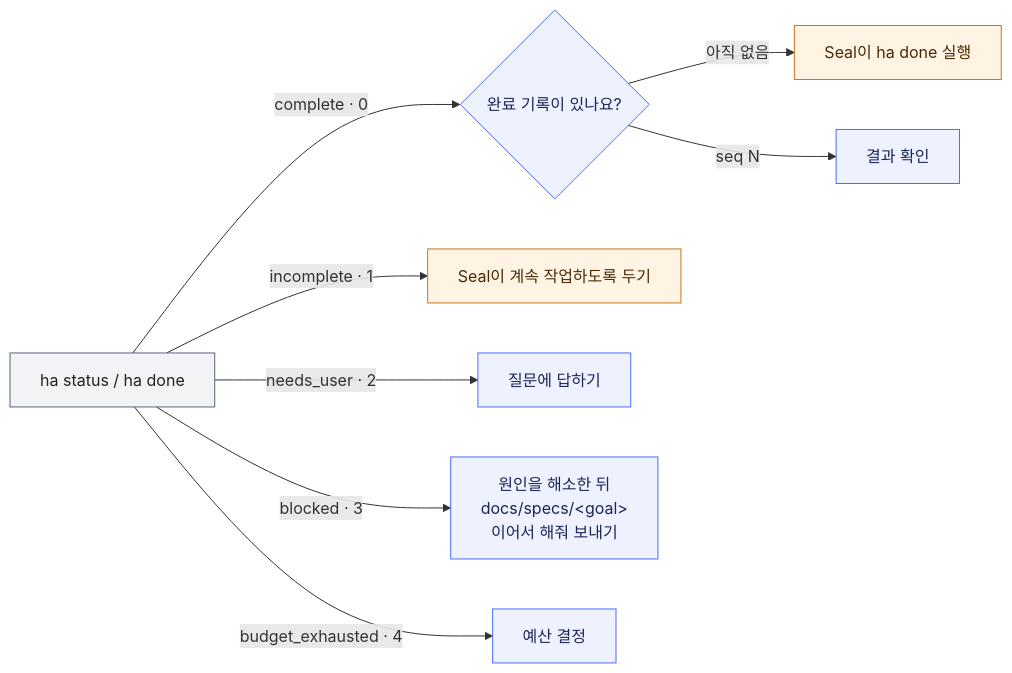
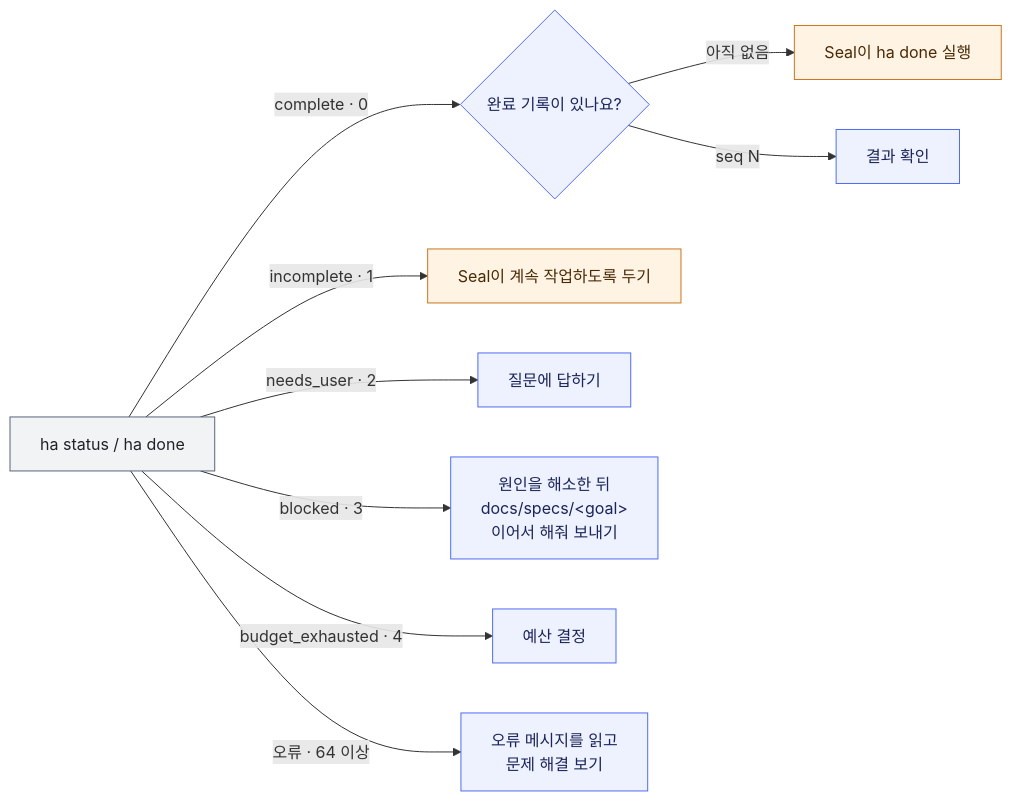
Before and after one commit to jgoneit/jaekit: the diagram in guides/USAGE.md, drawn with Mermaid. The commit also changed other lines of this file and 1 other file, not shown here.

Commit message:
docs: show exit codes 64 and above in the usage result flow
Both usage guide diagrams now branch on errors (64 and above) to reading the
error message and Troubleshooting, and a line under each diagram names the
usage, refusal, unsupported-rule and internal error codes from the
run-record contract.

````diff
--- a/guides/USAGE.md
+++ b/guides/USAGE.md
@@ -64,16 +64,17 @@
 ```mermaid
 flowchart LR
     S["ha status / ha done"] -->|complete · 0| R{"완료 기록이 있나요?"}
     R -->|"아직 없음"| D["Seal이 ha done 실행"]
     R -->|"seq N"| C["결과 확인"]
     S -->|incomplete · 1| I["Seal이 계속 작업하도록 두기"]
     S -->|needs_user · 2| U["질문에 답하기"]
     S -->|blocked · 3| B["원인을 해소한 뒤<br/>docs/specs/#lt;goal#gt;<br/>이어서 해줘 보내기"]
     S -->|budget_exhausted · 4| E["예산 결정"]
+    S -->|"오류 · 64 이상"| X["오류 메시지를 읽고<br/>문제 해결 보기"]
     classDef you fill:#EEF1FE,stroke:#4F6CF7,color:#1B2559
     classDef sealStep fill:#FFF3E3,stroke:#C9761F,color:#4A2A06
     classDef record fill:#F1F3F5,stroke:#596579,color:#1F2328
     class S record
-    class C,U,B,E,R you
+    class C,U,B,E,R,X you
     class I,D sealStep
 ```
````
